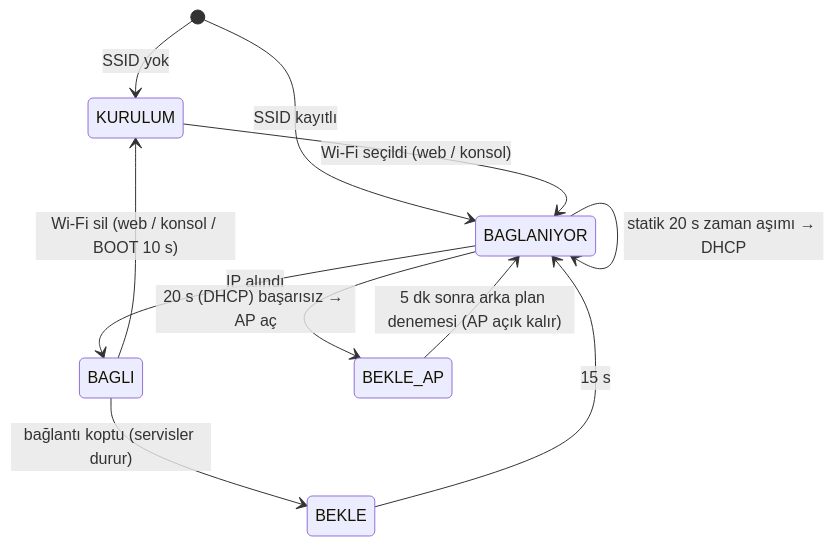
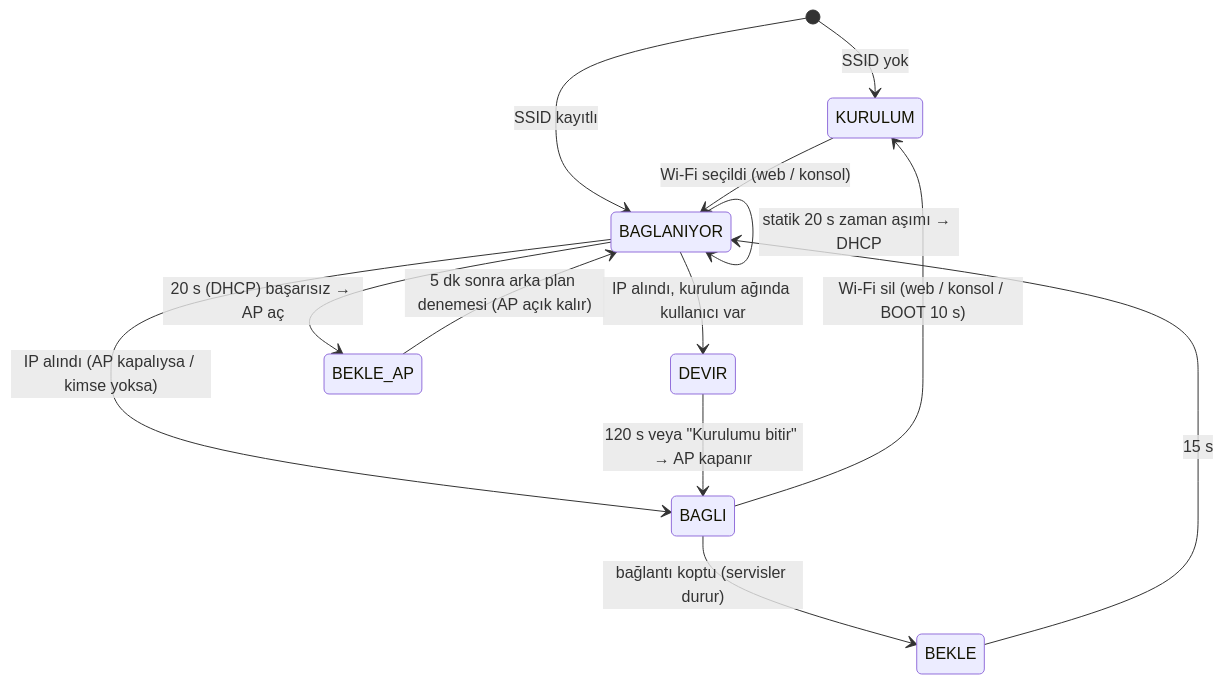
Before and after one commit to tayfunyagci-star/climate-controller-pid: the diagram in docs/NETWORK.md, drawn with Mermaid. The commit also changed other lines of this file and 16 other files, not shown here.

````diff
--- a/docs/NETWORK.md
+++ b/docs/NETWORK.md
@@ -9,13 +9,15 @@
 ```mermaid
 stateDiagram-v2
   [*] --> KURULUM: SSID yok
   [*] --> BAGLANIYOR: SSID kayıtlı
   KURULUM --> BAGLANIYOR: Wi-Fi seçildi (web / konsol)
-  BAGLANIYOR --> BAGLI: IP alındı
+  BAGLANIYOR --> BAGLI: IP alındı (AP kapalıysa / kimse yoksa)
+  BAGLANIYOR --> DEVIR: IP alındı, kurulum ağında kullanıcı var
+  DEVIR --> BAGLI: 120 s veya "Kurulumu bitir" → AP kapanır
   BAGLANIYOR --> BAGLANIYOR: statik 20 s zaman aşımı → DHCP
   BAGLANIYOR --> BEKLE_AP: 20 s (DHCP) başarısız → AP aç
   BEKLE_AP --> BAGLANIYOR: 5 dk sonra arka plan denemesi (AP açık kalır)
   BAGLI --> BEKLE: bağlantı koptu (servisler durur)
   BEKLE --> BAGLANIYOR: 15 s
   BAGLI --> KURULUM: Wi-Fi sil (web / konsol / BOOT 10 s)
 ```
````
